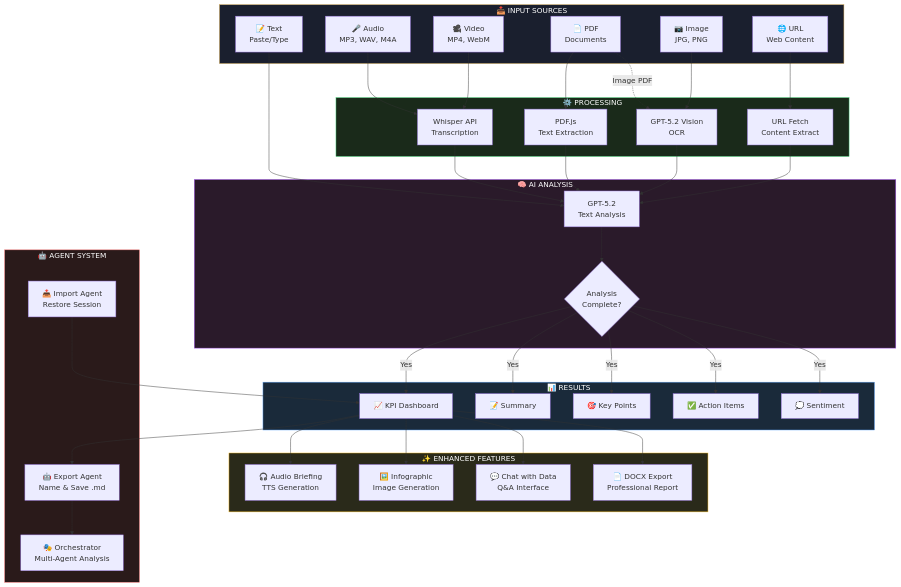
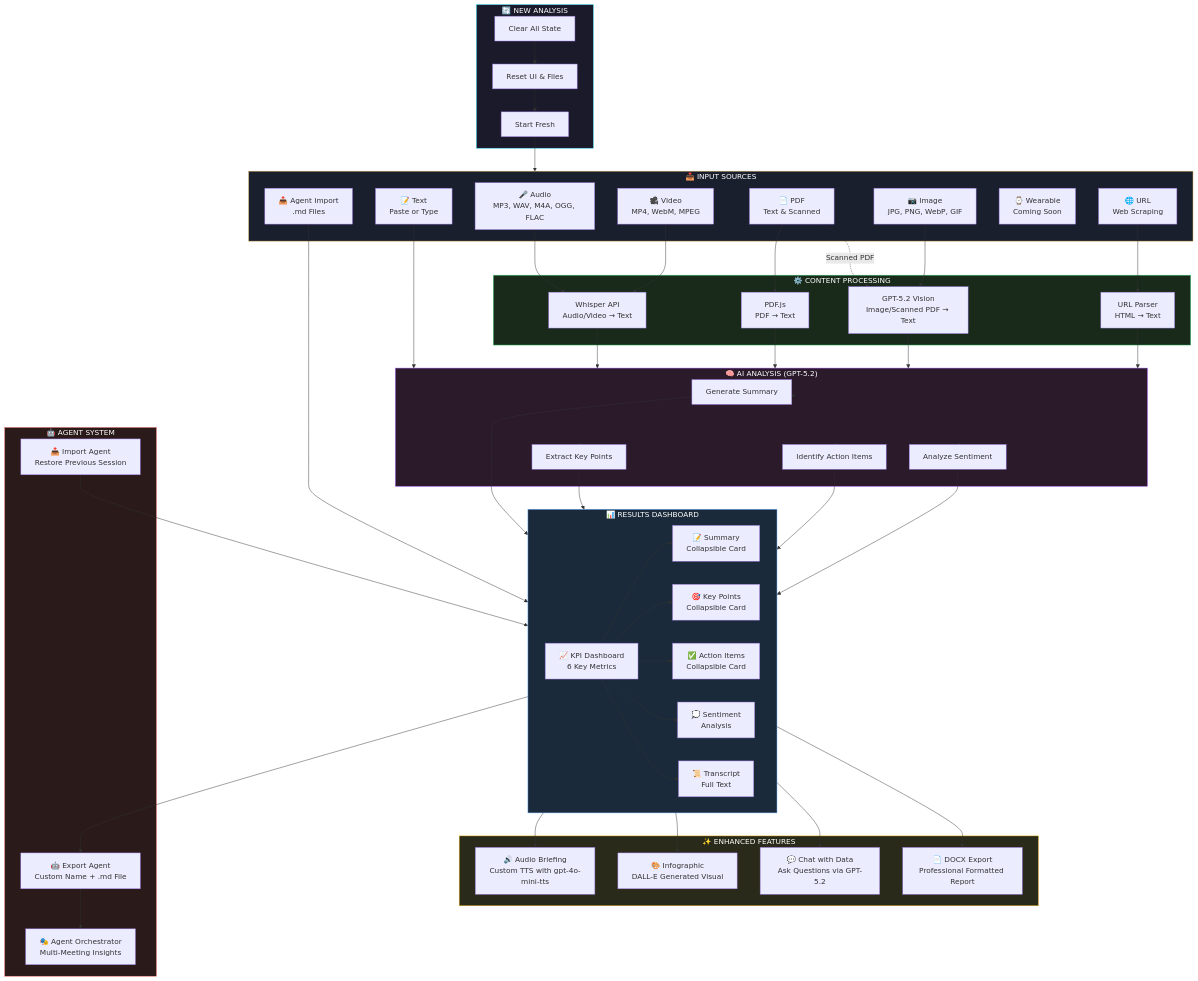
Before and after one commit to mjamiv/vox2txt: the first of 2 diagrams in README.md, drawn with Mermaid. The commit also changed other lines of this file and 1 other file, not shown here.

First line of the commit message:
docs: Update Mermaid diagrams for main app and orchestrator

````diff
--- a/README.md
+++ b/README.md
@@ -9,75 +9,79 @@
 ```mermaid
 flowchart TB
     subgraph Input["📥 INPUT SOURCES"]
-        A1[🎤 Audio<br/>MP3, WAV, M4A]
-        A2[🎥 Video<br/>MP4, WebM]
-        A3[📄 PDF<br/>Documents]
-        A4[📷 Image<br/>JPG, PNG]
-        A5[📝 Text<br/>Paste/Type]
-        A6[🌐 URL<br/>Web Content]
+        A1[🎤 Audio<br/>MP3, WAV, M4A, OGG, FLAC]
+        A2[🎥 Video<br/>MP4, WebM, MPEG]
+        A3[📄 PDF<br/>Text & Scanned]
+        A4[📷 Image<br/>JPG, PNG, WebP, GIF]
+        A5[📝 Text<br/>Paste or Type]
+        A6[🌐 URL<br/>Web Scraping]
+        A7[⌚ Wearable<br/>Coming Soon]
+        A8[📥 Agent Import<br/>.md Files]
     end
 
-    subgraph Process["⚙️ PROCESSING"]
-        B1[Whisper API<br/>Transcription]
-        B2[PDF.js<br/>Text Extraction]
-        B3[GPT-5.2 Vision<br/>OCR]
-        B4[URL Fetch<br/>Content Extract]
+    subgraph Process["⚙️ CONTENT PROCESSING"]
+        B1[Whisper API<br/>Audio/Video → Text]
+        B2[PDF.js<br/>PDF → Text]
+        B3[GPT-5.2 Vision<br/>Image/Scanned PDF → Text]
+        B4[URL Parser<br/>HTML → Text]
     end
 
-    subgraph Analysis["🧠 AI ANALYSIS"]
-        C1[GPT-5.2<br/>Text Analysis]
-        C2{Analysis<br/>Complete?}
+    subgraph Analysis["🧠 AI ANALYSIS (GPT-5.2)"]
+        C1[Generate Summary]
+        C2[Extract Key Points]
+        C3[Identify Action Items]
+        C4[Analyze Sentiment]
     end
 
-    subgraph Results["📊 RESULTS"]
-        D1[📈 KPI Dashboard]
-        D2[📝 Summary]
-        D3[🎯 Key Points]
-        D4[✅ Action Items]
-        D5[💭 Sentiment]
+    subgraph Results["📊 RESULTS DASHBOARD"]
+        D0[📈 KPI Dashboard<br/>6 Key Metrics]
+        D1[📝 Summary<br/>Collapsible Card]
+        D2[🎯 Key Points<br/>Collapsible Card]
+        D3[✅ Action Items<br/>Collapsible Card]
+        D4[💭 Sentiment<br/>Analysis]
+        D5[📜 Transcript<br/>Full Text]
     end
 
     subgraph Features["✨ ENHANCED FEATURES"]
-        E1[🎧 Audio Briefing<br/>TTS Generation]
-        E2[🖼️ Infographic<br/>Image Generation]
-        E3[💬 Chat with Data<br/>Q&A Interface]
-        E4[📄 DOCX Export<br/>Professional Report]
+        E1[🔊 Audio Briefing<br/>Custom TTS with gpt-4o-mini-tts]
+        E2[🎨 Infographic<br/>DALL-E Generated Visual]
+        E3[💬 Chat with Data<br/>Ask Questions via GPT-5.2]
+        E4[📄 DOCX Export<br/>Professional Formatted Report]
     end
 
     subgraph Agent["🤖 AGENT SYSTEM"]
-        F1[🤖 Export Agent<br/>Name & Save .md]
-        F2[📥 Import Agent<br/>Restore Session]
-        F3[🎭 Orchestrator<br/>Multi-Agent Analysis]
+        F1[🤖 Export Agent<br/>Custom Name + .md File]
+        F2[📥 Import Agent<br/>Restore Previous Session]
+        F3[🎭 Agent Orchestrator<br/>Multi-Meeting Insights]
     end
 
-    A1 --> B1
-    A2 --> B1
+    subgraph Reset["🔄 NEW ANALYSIS"]
+        R1[Clear All State]
+        R2[Reset UI & Files]
+        R3[Start Fresh]
+    end
+
+    A1 & A2 --> B1
     A3 --> B2
-    A3 -.->|Image PDF| B3
+    A3 -.->|Scanned PDF| B3
     A4 --> B3
-    A5 --> C1
+    A5 --> Analysis
     A6 --> B4
+    A8 --> Results
 
-    B1 --> C1
-    B2 --> C1
-    B3 --> C1
-    B4 --> C1
+    B1 & B2 & B3 & B4 --> Analysis
 
-    C1 --> C2
-    C2 -->|Yes| D1
-    C2 -->|Yes| D2
-    C2 -->|Yes| D3
-    C2 -->|Yes| D4
-    C2 -->|Yes| D5
+    Analysis --> C1 & C2 & C3 & C4
+    C1 & C2 & C3 & C4 --> Results
 
-    D1 --> E1
-    D1 --> E2
-    D1 --> E3
-    D1 --> E4
+    D0 --> D1 & D2 & D3 & D4 & D5
 
-    D1 --> F1
+    Results --> E1 & E2 & E3 & E4
+    Results --> F1
     F1 --> F3
-    F2 --> D1
+    F2 --> Results
+    
+    R1 --> R2 --> R3 --> Input
 
     style Input fill:#1a1f2e,stroke:#d4a853,color:#fff
     style Process fill:#1a2a1a,stroke:#4ade80,color:#fff
@@ -85,4 +89,5 @@
     style Results fill:#1a2a3a,stroke:#60a5fa,color:#fff
     style Features fill:#2a2a1a,stroke:#fbbf24,color:#fff
     style Agent fill:#2a1a1a,stroke:#f87171,color:#fff
+    style Reset fill:#1a1a2a,stroke:#22d3ee,color:#fff
 ```
````
